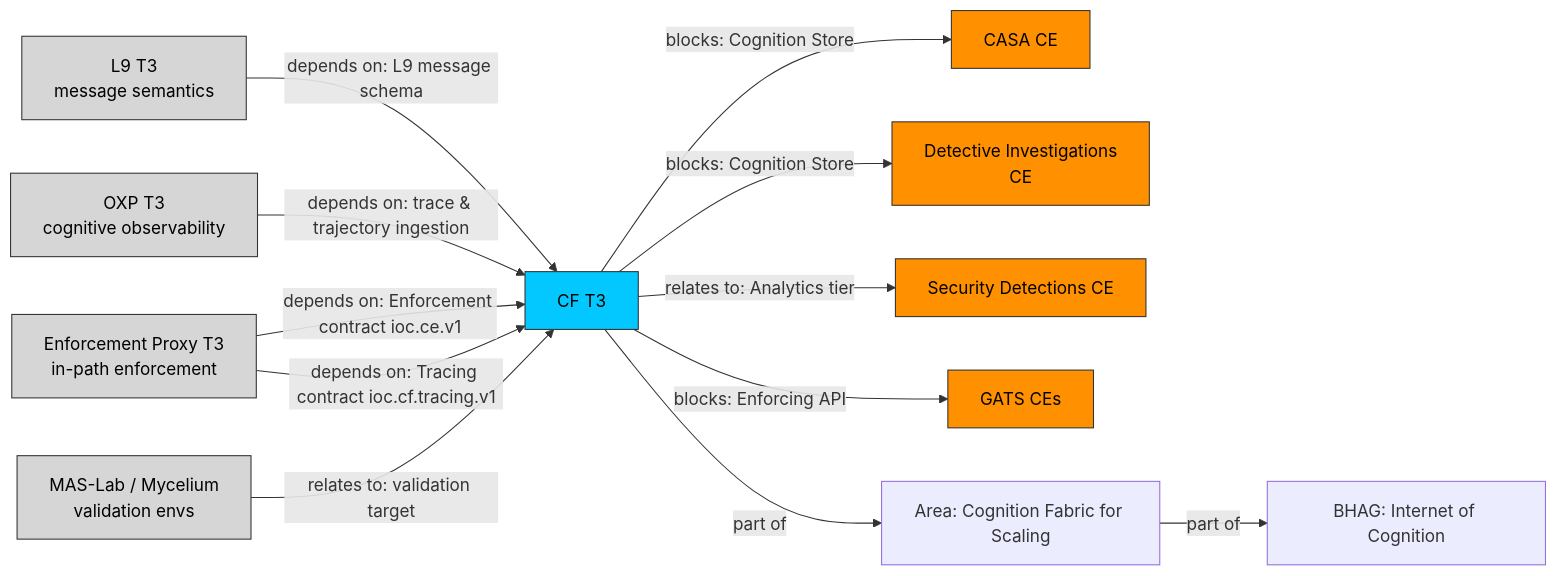
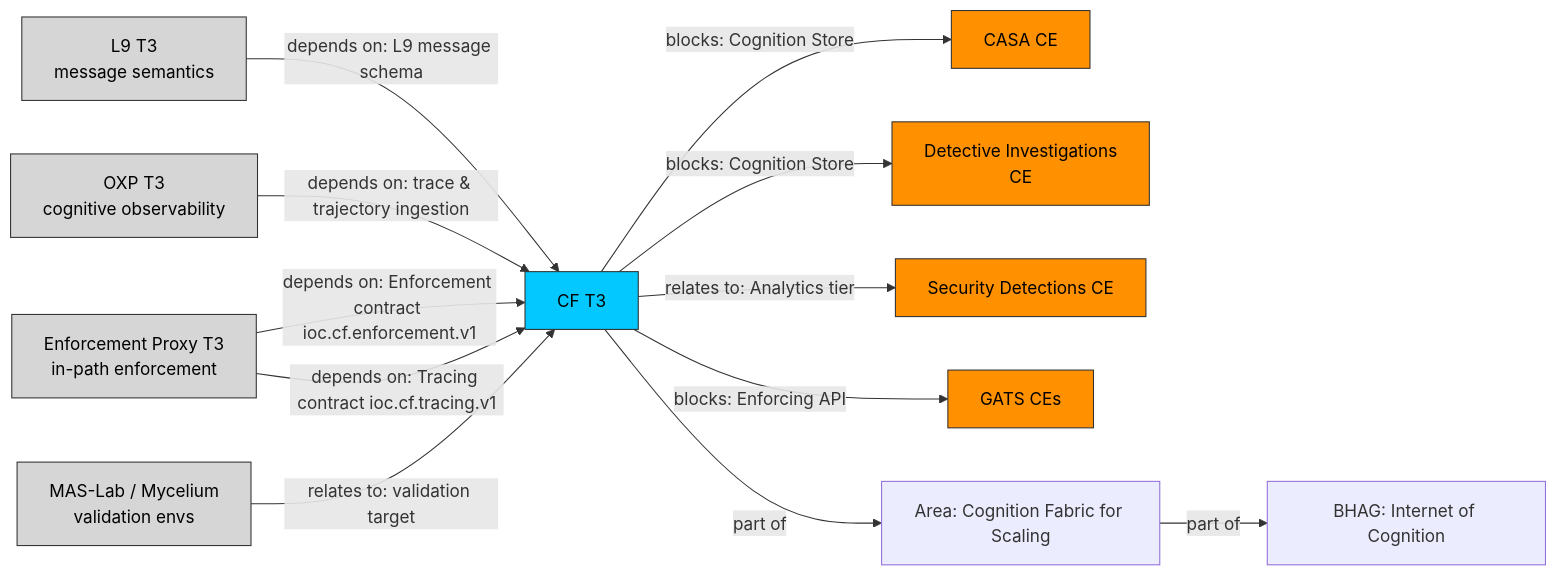
The diagram in docs/dependencies.md (ioc-project/cognition-fabric), drawn with Mermaid before and after one commit. The commit also changed other lines of this file and 2 other files, not shown here.

````diff
--- a/docs/dependencies.md
+++ b/docs/dependencies.md
@@ -27,36 +27,36 @@
 ```mermaid
 flowchart LR
   classDef ours fill:#02C8FF,stroke:#333,color:#000
   classDef peer fill:#D6D6D6,stroke:#333,color:#000
   classDef consumer fill:#FF9000,stroke:#333,color:#000
   classDef external fill:#FFFFFF,stroke:#333,stroke-dasharray: 4 3,color:#000
 
   CF["CF T3"]:::ours
 
   L9["L9 T3<br/>message semantics"]:::peer
   EP["Enforcement Proxy T3<br/>in-path enforcement"]:::peer
   OXP["OXP T3<br/>cognitive observability"]:::peer
   LAB["MAS-Lab / Mycelium<br/>validation envs"]:::peer
 
   CASA["CASA CE"]:::consumer
   DET["Detective Investigations<br/>CE"]:::consumer
   SEC["Security Detections CE"]:::consumer
   GATS["GATS CEs"]:::consumer
 
   AREA["Area: Cognition Fabric for Scaling"]
   BHAG["BHAG: Internet of Cognition"]
 
   L9 -->|depends on: L9 message schema| CF
   OXP -->|depends on: trace & trajectory ingestion| CF
-  EP -->|depends on: Enforcement contract ioc.ce.v1| CF
+  EP -->|depends on: Enforcement contract ioc.cf.enforcement.v1| CF
   EP -->|depends on: Tracing contract ioc.cf.tracing.v1| CF
   LAB -->|relates to: validation target| CF
 
   CF -->|blocks: Cognition Store| CASA
   CF -->|blocks: Cognition Store| DET
   CF -->|blocks: Enforcing API| GATS
   CF -->|relates to: Analytics tier| SEC
 
   CF -->|part of| AREA
   AREA -->|part of| BHAG
 ```
````
